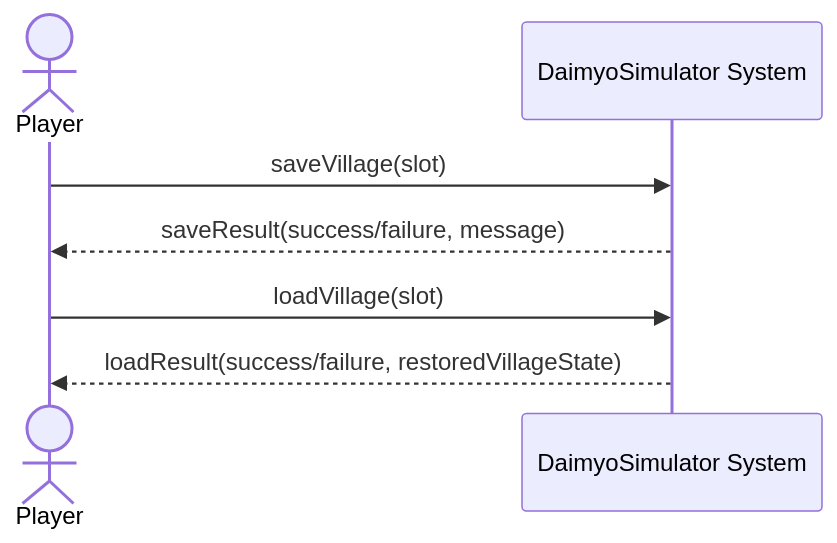
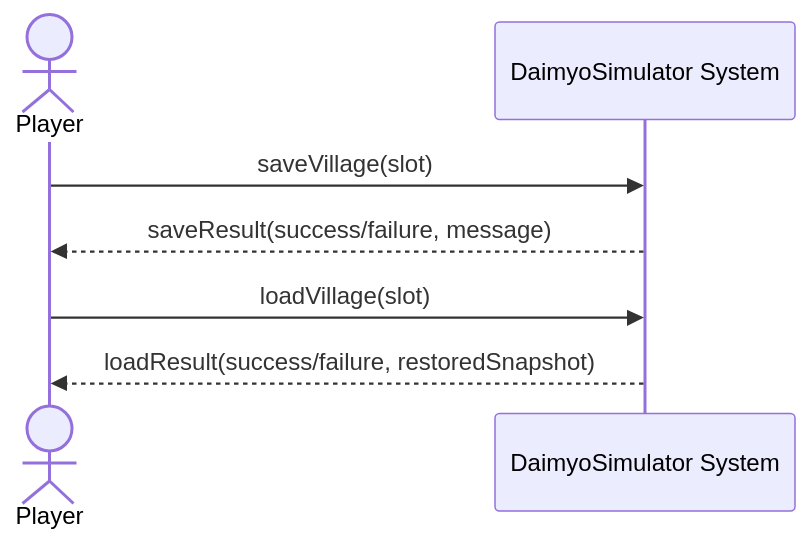
The sixth of 14 diagrams in docs/DesignDocument.md (edope704/DaimyoSimulator), drawn with Mermaid before and after one commit. The commit also changed other lines of this file, not shown here.

````diff
--- a/docs/DesignDocument.md
+++ b/docs/DesignDocument.md
@@ -177,9 +188,9 @@
 ```mermaid
 sequenceDiagram
     actor Player
     participant System as DaimyoSimulator System
     Player->>System: saveVillage(slot)
     System-->>Player: saveResult(success/failure, message)
     Player->>System: loadVillage(slot)
-    System-->>Player: loadResult(success/failure, restoredVillageState)
+    System-->>Player: loadResult(success/failure, restoredSnapshot)
 ```
````
